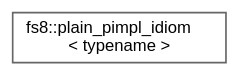
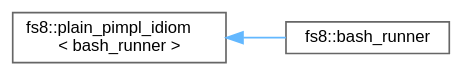
Before and after one commit to the-moisrex/foresight: the diagram in api/inherit_graph_110.dot, drawn with Graphviz. The commit also changed 234 other files, not shown here.

```diff
--- a/api/inherit_graph_110.dot
+++ b/api/inherit_graph_110.dot
@@ -1,9 +1,11 @@
 digraph "Graphical Class Hierarchy"
 {
  // LATEX_PDF_SIZE
   bgcolor="transparent";
   edge [fontname=Helvetica,fontsize=10,labelfontname=Helvetica,labelfontsize=10];
   node [fontname=Helvetica,fontsize=10,shape=box,height=0.2,width=0.4];
   rankdir="LR";
-  Node0 [id="Node000000",label="fs8::plain_pimpl_idiom\l\< typename \>",height=0.2,width=0.4,color="grey40", fillcolor="white", style="filled",URL="$structfs8_1_1plain__pimpl__idiom.html",tooltip=" "];
+  Node0 [id="Node000000",label="fs8::plain_pimpl_idiom\l\< bash_runner \>",height=0.2,width=0.4,color="grey40", fillcolor="white", style="filled",URL="$structfs8_1_1plain__pimpl__idiom.html",tooltip=" "];
+  Node0 -> Node1 [id="edge134_Node000000_Node000001",dir="back",color="steelblue1",style="solid",tooltip=" "];
+  Node1 [id="Node000001",label="fs8::bash_runner",height=0.2,width=0.4,color="grey40", fillcolor="white", style="filled",URL="$structfs8_1_1bash__runner.html",tooltip=" "];
 }
```
